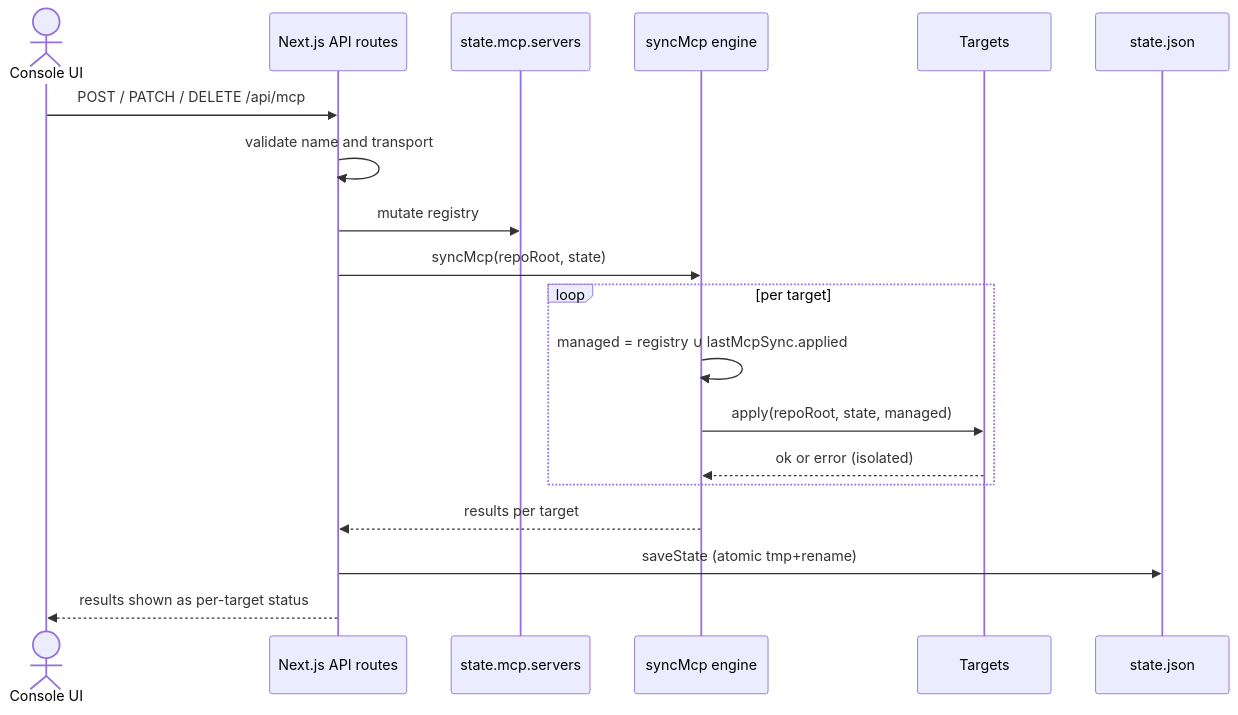
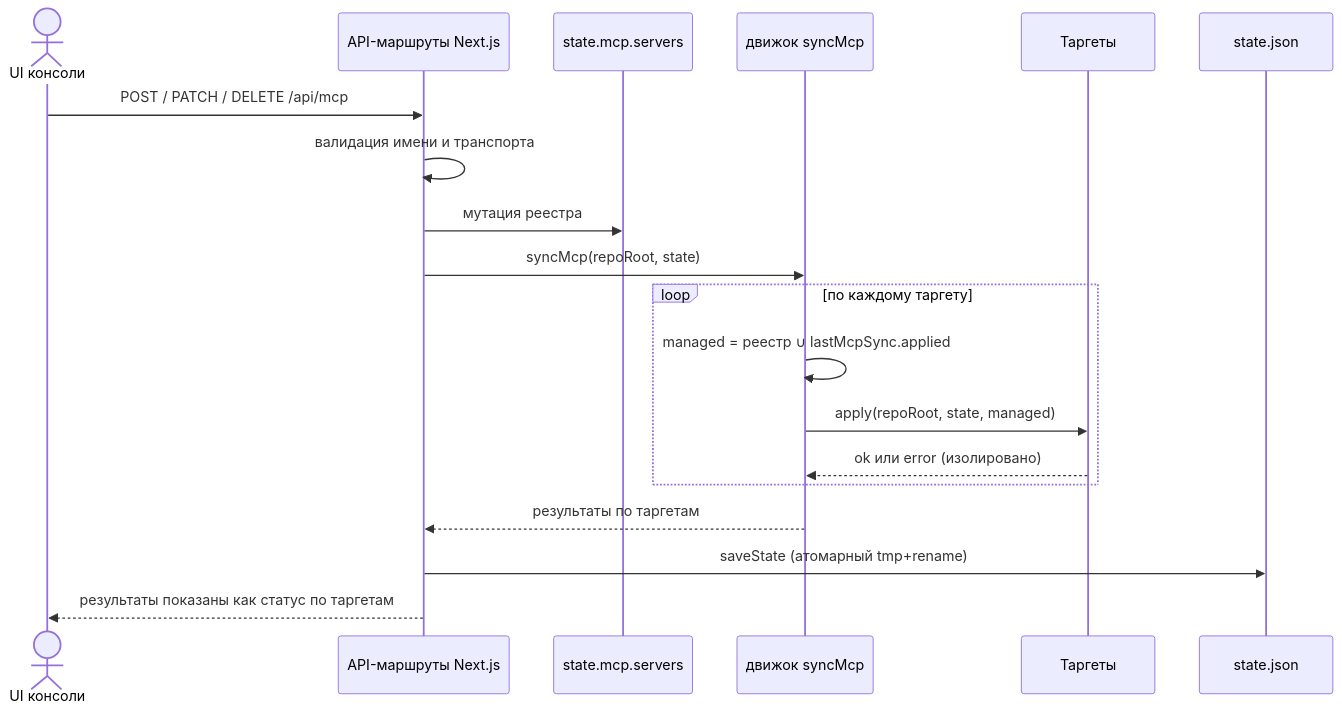
One commit to InnovationMachineTeam/harness changed the diagram in openwiki/architecture/mcp-sync.md. Above: the diagram before and after it, drawn with Mermaid. The commit also changed other lines of this file and 1190 other files, not shown here.

````diff
--- a/openwiki/architecture/mcp-sync.md
+++ b/openwiki/architecture/mcp-sync.md
@@ -97,22 +130,22 @@
 ```mermaid
 sequenceDiagram
-    actor U as Console UI
-    participant API as Next.js API routes
+    actor U as UI консоли
+    participant API as API-маршруты Next.js
     participant ST as state.mcp.servers
-    participant SY as syncMcp engine
-    participant TG as Targets
+    participant SY as движок syncMcp
+    participant TG as Таргеты
     participant FS as state.json
 
     U->>API: POST / PATCH / DELETE /api/mcp
-    API->>API: validate name and transport
-    API->>ST: mutate registry
+    API->>API: валидация имени и транспорта
+    API->>ST: мутация реестра
     API->>SY: syncMcp(repoRoot, state)
-    loop per target
-        SY->>SY: managed = registry ∪ lastMcpSync.applied
+    loop по каждому таргету
+        SY->>SY: managed = реестр ∪ lastMcpSync.applied
         SY->>TG: apply(repoRoot, state, managed)
-        TG-->>SY: ok or error (isolated)
+        TG-->>SY: ok или error (изолировано)
     end
-    SY-->>API: results per target
-    API->>FS: saveState (atomic tmp+rename)
-    API-->>U: results shown as per-target status
+    SY-->>API: результаты по таргетам
+    API->>FS: saveState (атомарный tmp+rename)
+    API-->>U: результаты показаны как статус по таргетам
 ```
````
